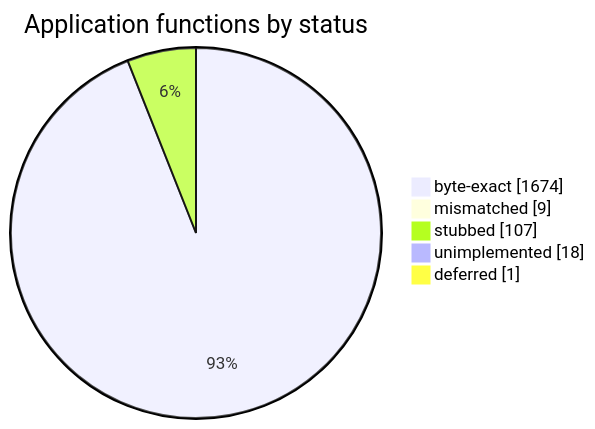
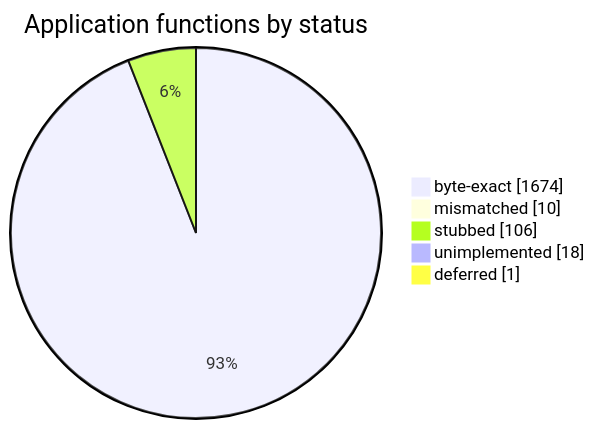
One commit to sorokya/eos changed the diagram in README.md. Above: the diagram before and after it, drawn with Mermaid. The commit also changed other lines of this file and 3 other files, not shown here.

````diff
--- a/README.md
+++ b/README.md
@@ -152,9 +152,9 @@
 ```mermaid
 pie showData
     title Application functions by status
     "byte-exact" : 1674
-    "mismatched" : 9
-    "stubbed" : 107
+    "mismatched" : 10
+    "stubbed" : 106
     "unimplemented" : 18
     "deferred" : 1
 ```
````
